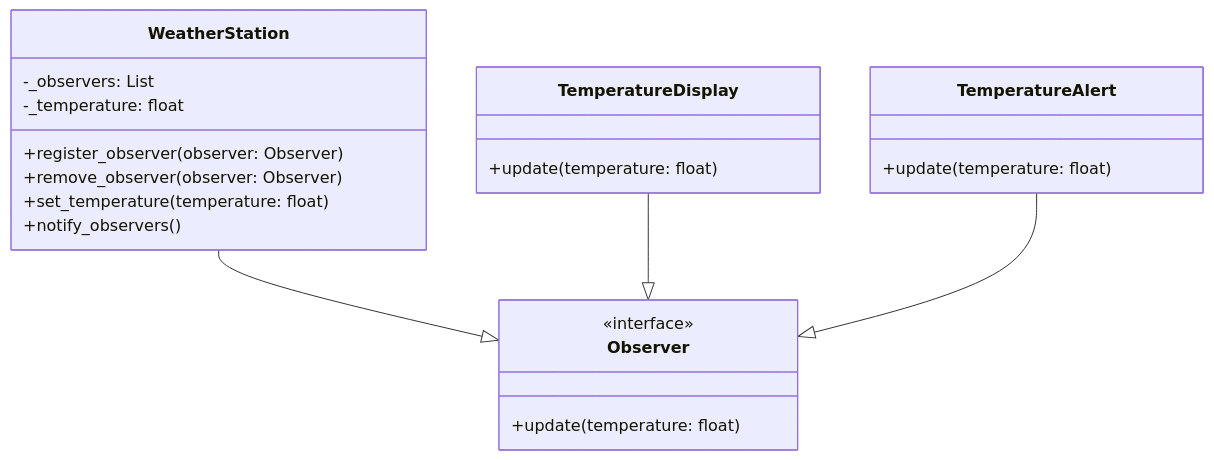
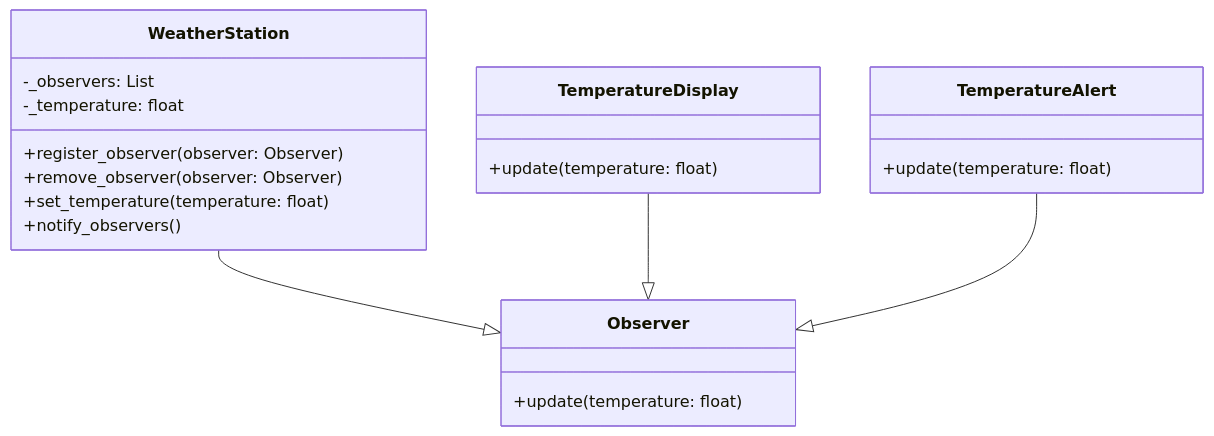
Before and after one commit to SashaKuh/OOP: the diagram in denys_khaliuk/lab_13_/README.md, drawn with Mermaid.

````diff
--- a/denys_khaliuk/lab_13_/README.md
+++ b/denys_khaliuk/lab_13_/README.md
@@ -101,25 +101,24 @@
 ```mermaid
 classDiagram
     class Observer {
-        <<interface>>
         +update(temperature: float)
     }
     class WeatherStation {
         -_observers: List<Observer>
         -_temperature: float
         +register_observer(observer: Observer)
         +remove_observer(observer: Observer)
         +set_temperature(temperature: float)
         +notify_observers()
     }
     class TemperatureDisplay {
         +update(temperature: float)
     }
     class TemperatureAlert {
         +update(temperature: float)
     }
     WeatherStation --|> Observer
     TemperatureDisplay --|> Observer
     TemperatureAlert --|> Observer
 
 ```
````
